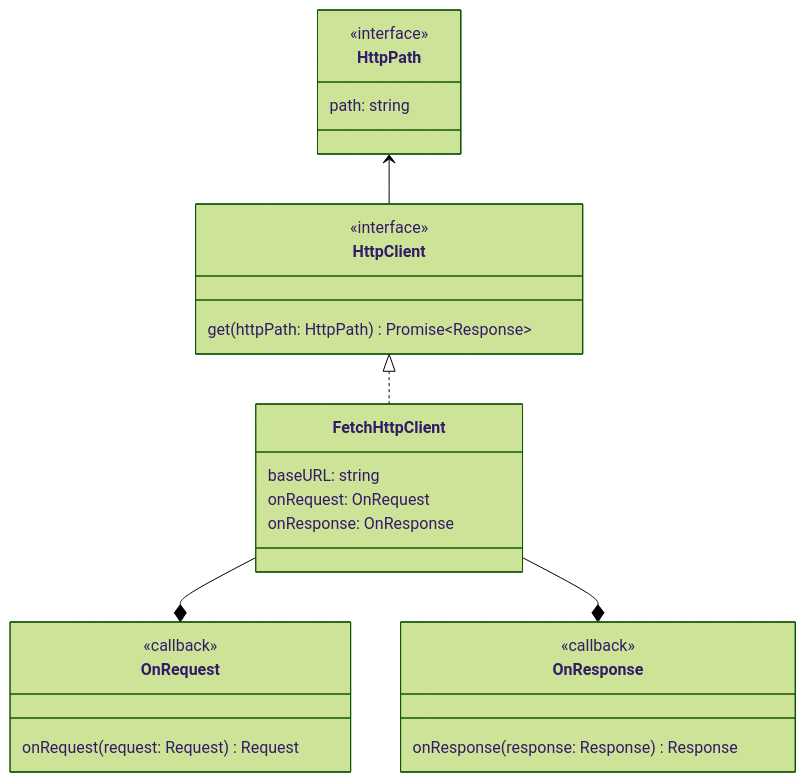
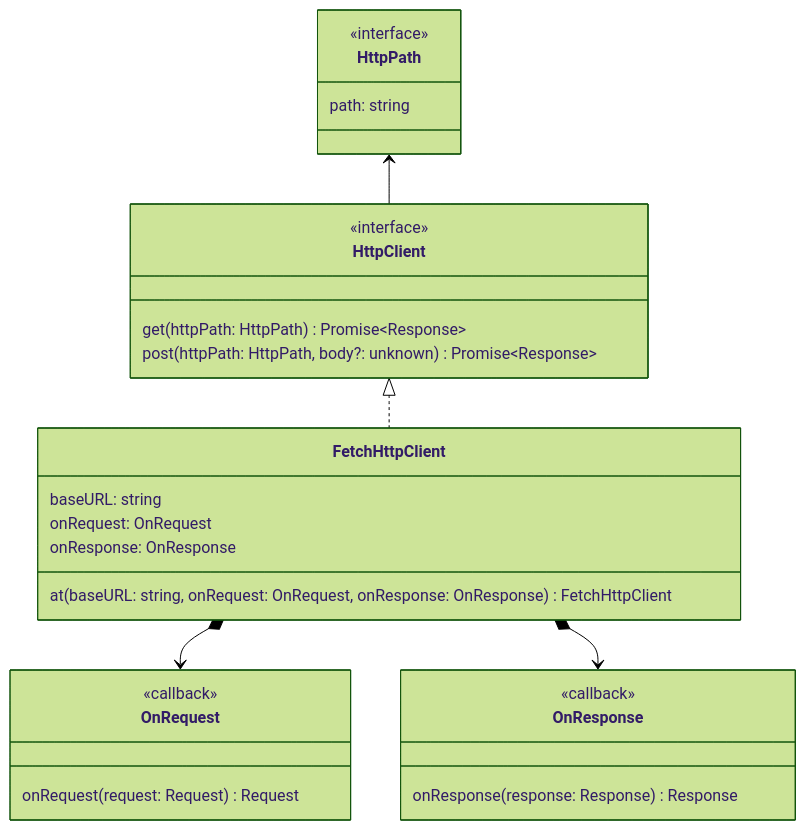
The diagram in docs/diagrams/v2/net/http/http.md (vechain/vechain-sdk-js), drawn with Mermaid (forest theme) before and after one commit. The commit also changed 8 other files, not shown here.

````diff
--- a/docs/diagrams/v2/net/http/http.md
+++ b/docs/diagrams/v2/net/http/http.md
@@ -1,28 +1,30 @@
 ```mermaid
 classDiagram
     class FetchHttpClient {
         baseURL: string
         onRequest: OnRequest
         onResponse: OnResponse
+        at(baseURL: string, onRequest: OnRequest, onResponse: OnResponse) FetchHttpClient
     }
     class HttpClient {
         <<interface>>
         get(httpPath: HttpPath) Promise~Response~
+        post(httpPath: HttpPath, body?: unknown) Promise~Response~
     }
     class HttpPath {
         <<interface>>
         path: string
     }
     class OnRequest {
         <<callback>>
         onRequest(request: Request) Request
     }
     class OnResponse{
         <<callback>>
         onResponse(response: Response) Response
     }
     HttpPath <-- HttpClient
     HttpClient <|.. FetchHttpClient
-    FetchHttpClient --* OnRequest
-    FetchHttpClient --* OnResponse
+    FetchHttpClient *--> OnRequest
+    FetchHttpClient *--> OnResponse
 ```
````
